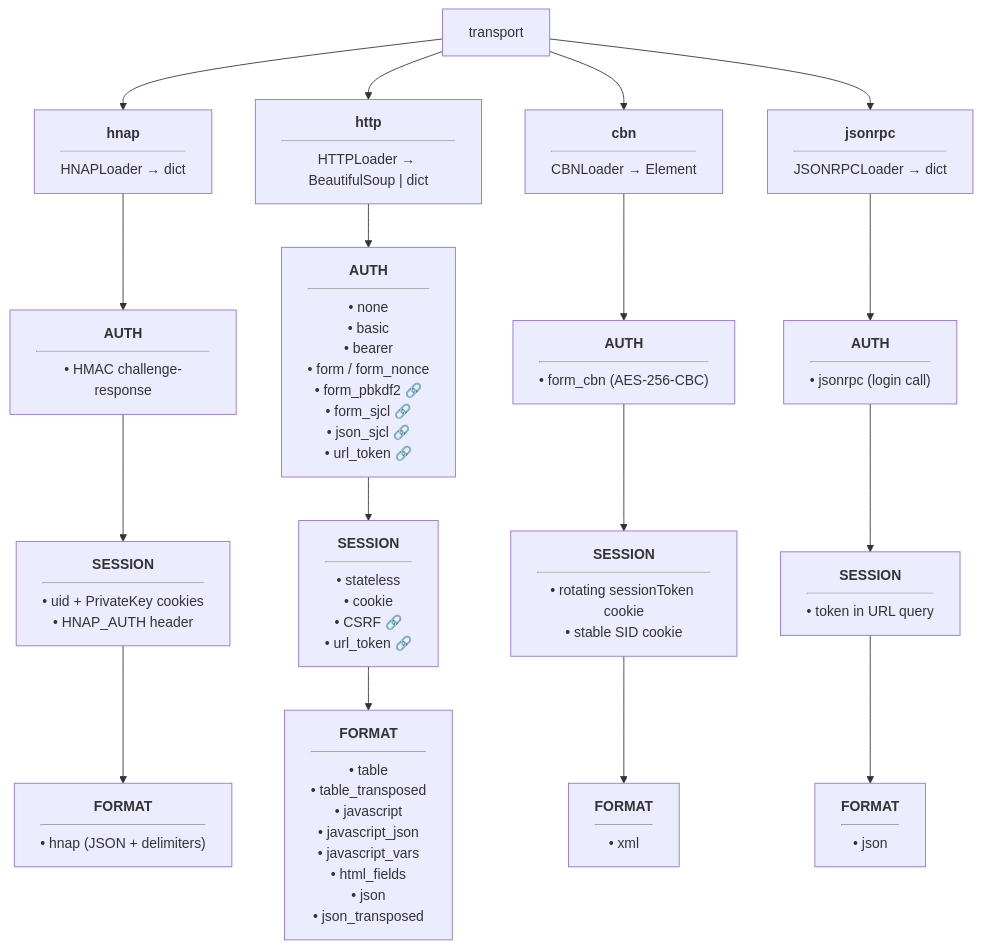
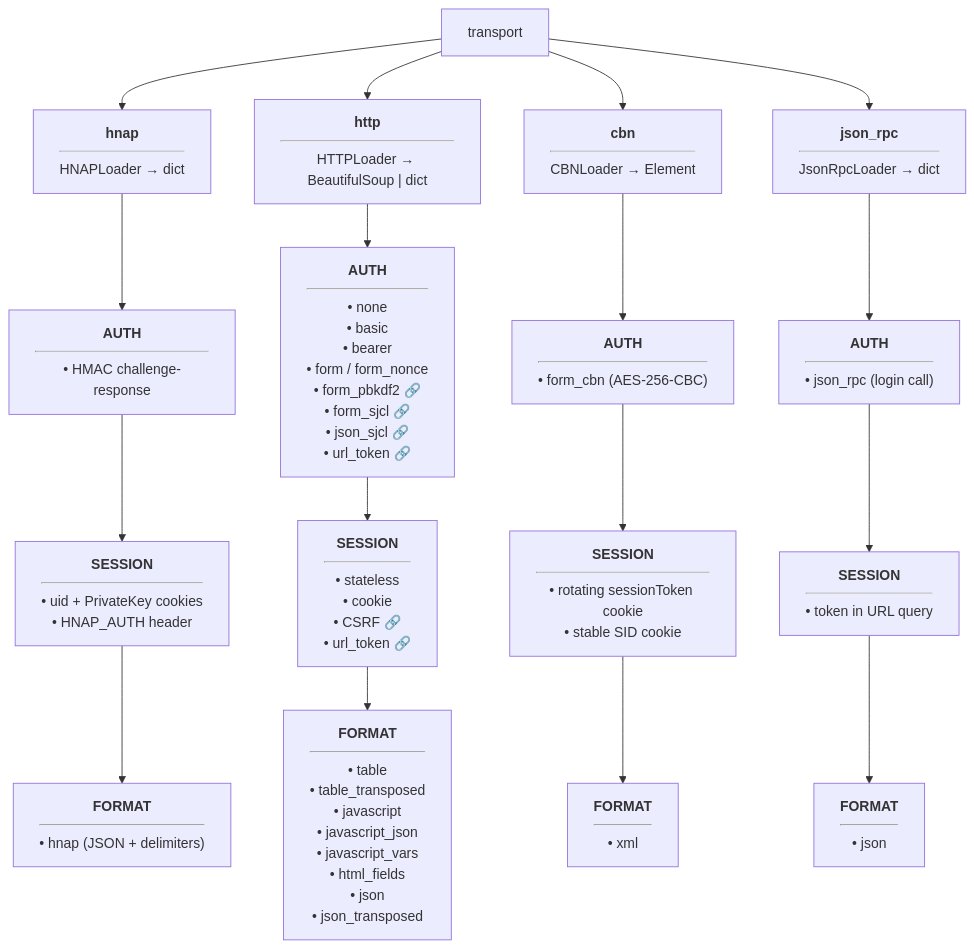
The second of 2 diagrams in packages/cable_modem_monitor_core/docs/ARCHITECTURE.md (solentlabs/cable_modem_monitor), drawn with Mermaid before and after one commit. The commit also changed other lines of this file and 131 other files, not shown here.

First line of the commit message:
refactor(core,catalog_tools,catalog): rename jsonrpc to json_rpc

````diff
--- a/packages/cable_modem_monitor_core/docs/ARCHITECTURE.md
+++ b/packages/cable_modem_monitor_core/docs/ARCHITECTURE.md
@@ -219,23 +219,23 @@
 ```mermaid
 graph TD
     T[transport] --> HNAP["<b>hnap</b><hr/>HNAPLoader → dict"]
     T --> HTTP["<b>http</b><hr/>HTTPLoader → BeautifulSoup | dict"]
     T --> CBN["<b>cbn</b><hr/>CBNLoader → Element"]
-    T --> JRPC["<b>jsonrpc</b><hr/>JSONRPCLoader → dict"]
+    T --> JRPC["<b>json_rpc</b><hr/>JsonRpcLoader → dict"]
 
     HNAP --> HA["<b>AUTH</b><hr/>• HMAC challenge-response"]
     HA --> HS["<b>SESSION</b><hr/>• uid + PrivateKey cookies<br/>• HNAP_AUTH header"]
     HS --> HF["<b>FORMAT</b><hr/>• hnap (JSON + delimiters)"]
 
     HTTP --> HTA["<b>AUTH</b><hr/>• none<br/>• basic<br/>• bearer<br/>• form / form_nonce<br/>• form_pbkdf2 🔗<br/>• form_sjcl 🔗<br/>• json_sjcl 🔗<br/>• url_token 🔗"]
     HTA --> HTS["<b>SESSION</b><hr/>• stateless<br/>• cookie<br/>• CSRF 🔗<br/>• url_token 🔗"]
     HTS --> HTF["<b>FORMAT</b><hr/>• table<br/>• table_transposed<br/>• javascript<br/>• javascript_json<br/>• javascript_vars<br/>• html_fields<br/>• json<br/>• json_transposed"]
 
     CBN --> CA["<b>AUTH</b><hr/>• form_cbn (AES-256-CBC)"]
     CA --> CS["<b>SESSION</b><hr/>• rotating sessionToken cookie<br/>• stable SID cookie"]
     CS --> CF["<b>FORMAT</b><hr/>• xml"]
 
-    JRPC --> JA["<b>AUTH</b><hr/>• jsonrpc (login call)"]
+    JRPC --> JA["<b>AUTH</b><hr/>• json_rpc (login call)"]
     JA --> JS["<b>SESSION</b><hr/>• token in URL query"]
     JS --> JF["<b>FORMAT</b><hr/>• json"]
 ```
````
